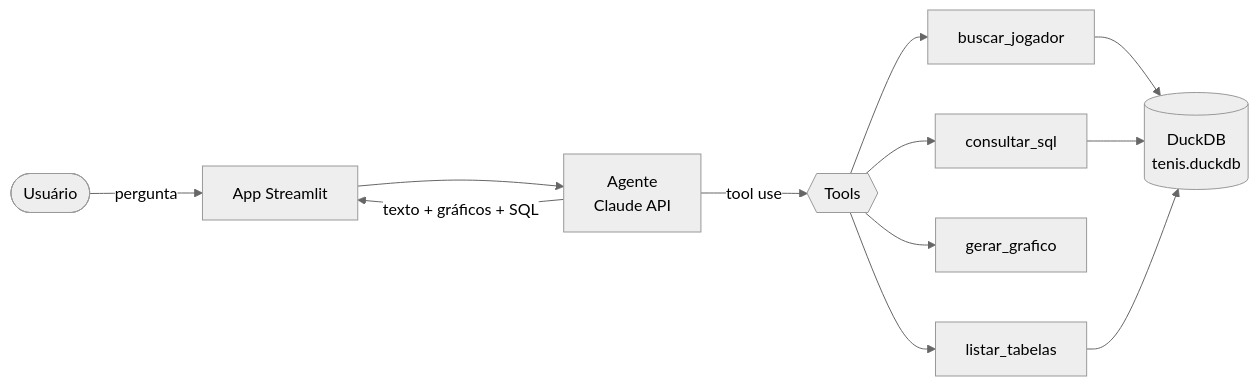
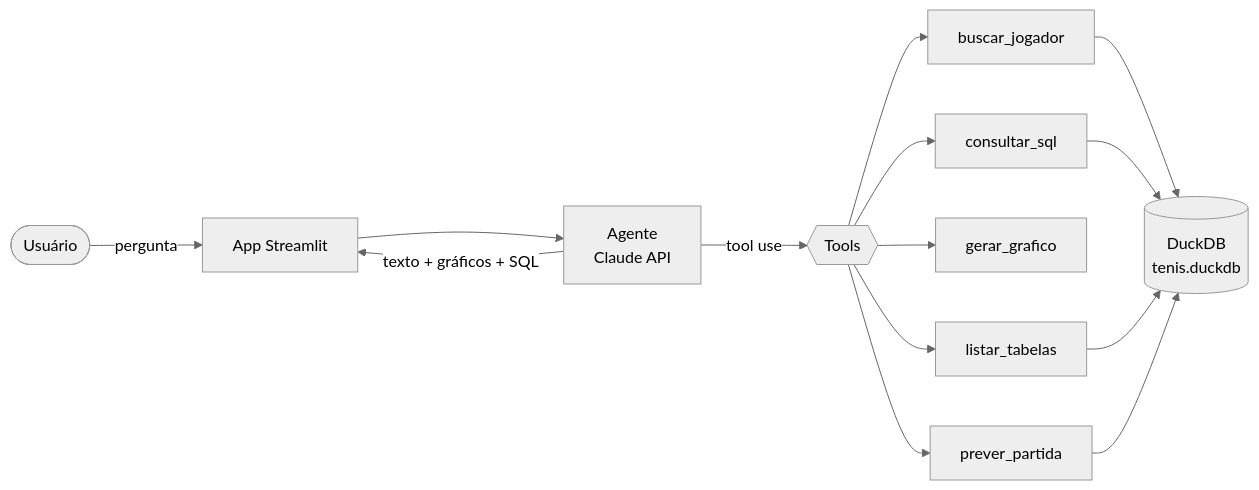
Before and after one commit to diegookaique/scout-tenis-ia: the diagram in README.md, drawn with Mermaid (neutral theme). The commit also changed other lines of this file and 11 other files, not shown here.

````diff
--- a/README.md
+++ b/README.md
@@ -35,14 +37,16 @@
 ```mermaid
 flowchart LR
     U([Usuário]) -->|pergunta| S[App Streamlit]
     S --> A[Agente<br/>Claude API]
     A -->|tool use| T{{Tools}}
     T --> B[buscar_jogador]
     T --> Q[consultar_sql]
     T --> G[gerar_grafico]
     T --> L[listar_tabelas]
+    T --> P[prever_partida]
     B --> D[(DuckDB<br/>tenis.duckdb)]
     Q --> D
     L --> D
+    P --> D
     A -->|texto + gráficos + SQL| S
 ```
````
